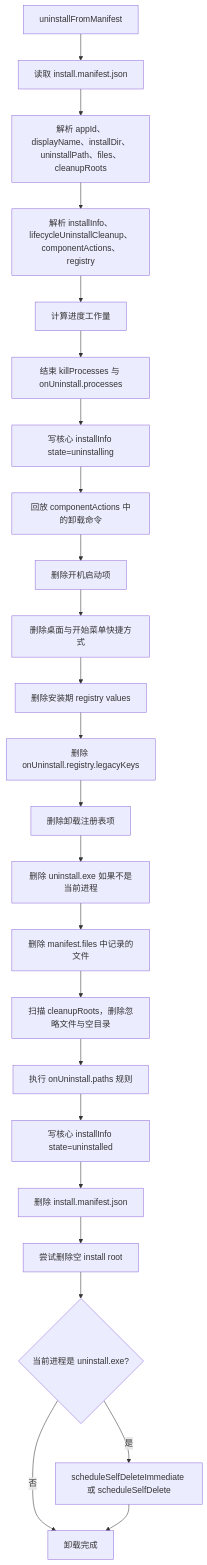
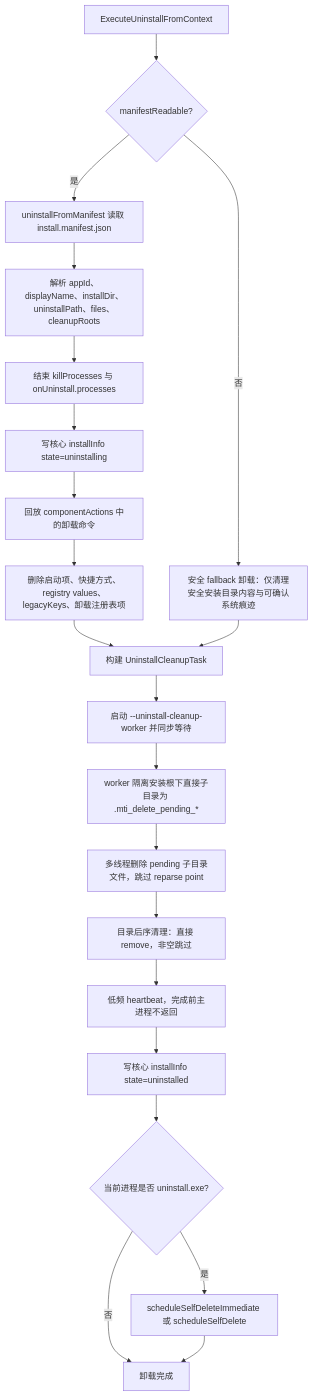
Diagram 11 of 11 in docs/安装器流程图.md (lu020218/Multi-Threaded_Installer), drawn with Mermaid before and after one commit. The commit also changed other lines of this file and 1 other file, not shown here.

Commit message:
更新流程图文档

````diff
--- a/docs/安装器流程图.md
+++ b/docs/安装器流程图.md
@@ -221,26 +246,23 @@
 ```mermaid
 flowchart TD
-    A[uninstallFromManifest] --> B[读取 install.manifest.json]
-    B --> C[解析 appId、displayName、installDir、uninstallPath、files、cleanupRoots]
-    C --> D[解析 installInfo、lifecycleUninstallCleanup、componentActions、registry]
-    D --> E[计算进度工作量]
-    E --> F[结束 killProcesses 与 onUninstall.processes]
-    F --> G[写核心 installInfo state=uninstalling]
-    G --> H[回放 componentActions 中的卸载命令]
-    H --> I[删除开机启动项]
-    I --> J[删除桌面与开始菜单快捷方式]
-    J --> K[删除安装期 registry values]
-    K --> L[删除 onUninstall.registry.legacyKeys]
-    L --> M[删除卸载注册表项]
-    M --> N[删除 uninstall.exe 如果不是当前进程]
-    N --> O[删除 manifest.files 中记录的文件]
-    O --> P[扫描 cleanupRoots，删除忽略文件与空目录]
-    P --> Q[执行 onUninstall.paths 规则]
-    Q --> R[写核心 installInfo state=uninstalled]
-    R --> S[删除 install.manifest.json]
-    S --> T[尝试删除空 install root]
-    T --> U{当前进程是 uninstall.exe?}
-    U -->|是| U1[scheduleSelfDeleteImmediate 或 scheduleSelfDelete]
-    U -->|否| V[卸载完成]
-    U1 --> V
+    A["ExecuteUninstallFromContext"] --> B{"manifestReadable?"}
+    B -->|是| C["uninstallFromManifest 读取 install.manifest.json"]
+    B -->|否| C1["安全 fallback 卸载：仅清理安全安装目录内容与可确认系统痕迹"]
+    C --> D["解析 appId、displayName、installDir、uninstallPath、files、cleanupRoots"]
+    D --> E["结束 killProcesses 与 onUninstall.processes"]
+    E --> F["写核心 installInfo state=uninstalling"]
+    F --> G["回放 componentActions 中的卸载命令"]
+    G --> H["删除启动项、快捷方式、registry values、legacyKeys、卸载注册表项"]
+    H --> I["构建 UninstallCleanupTask"]
+    C1 --> I
+    I --> J["启动 --uninstall-cleanup-worker 并同步等待"]
+    J --> K["worker 隔离安装根下直接子目录为 .mti_delete_pending_*"]
+    K --> L["多线程删除 pending 子目录文件，跳过 reparse point"]
+    L --> M["目录后序清理：直接 remove，非空跳过"]
+    M --> N["低频 heartbeat，完成前主进程不返回"]
+    N --> O["写核心 installInfo state=uninstalled"]
+    O --> P{"当前进程是否 uninstall.exe?"}
+    P -->|是| P1["scheduleSelfDeleteImmediate 或 scheduleSelfDelete"]
+    P -->|否| Q["卸载完成"]
+    P1 --> Q
 ```
````
